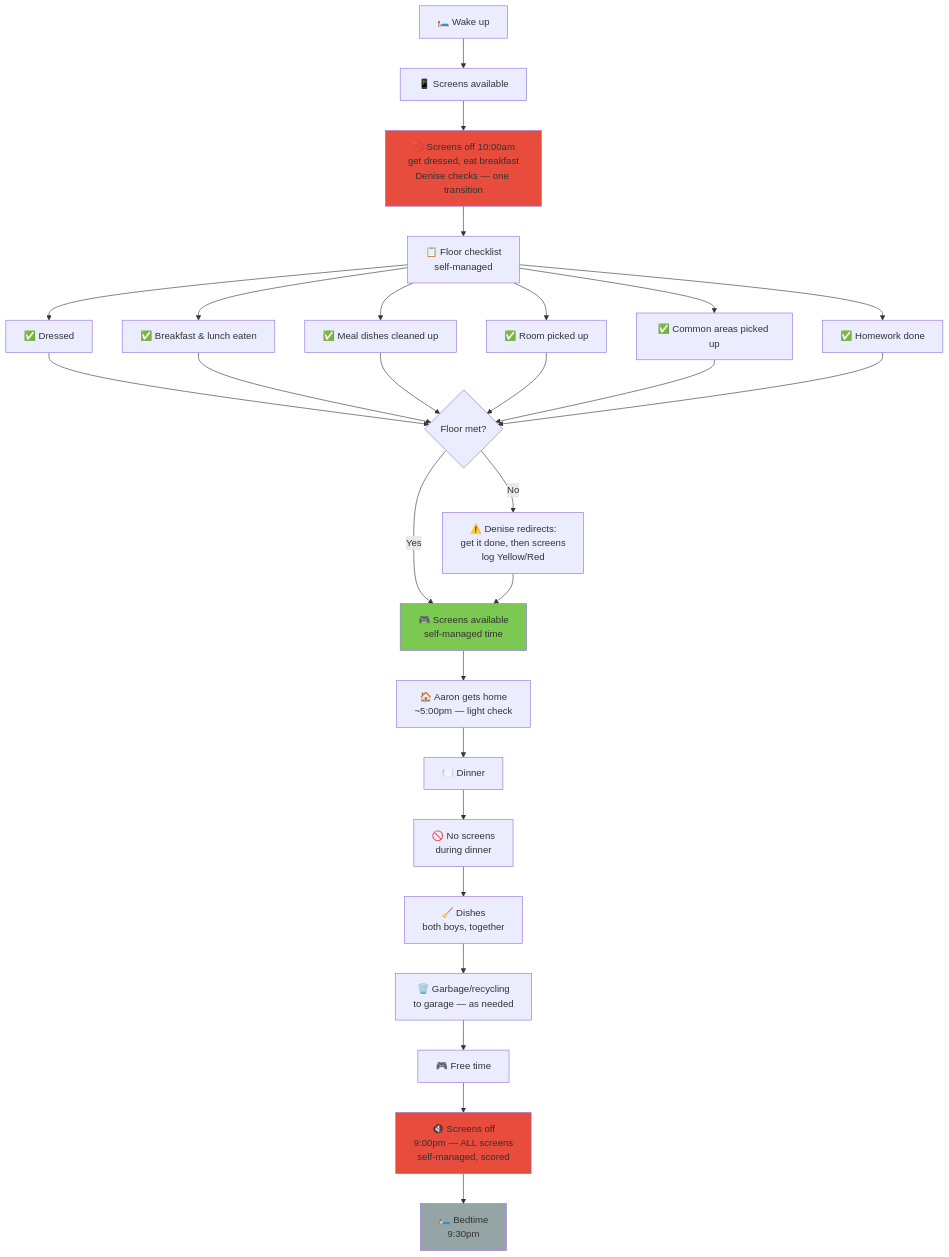
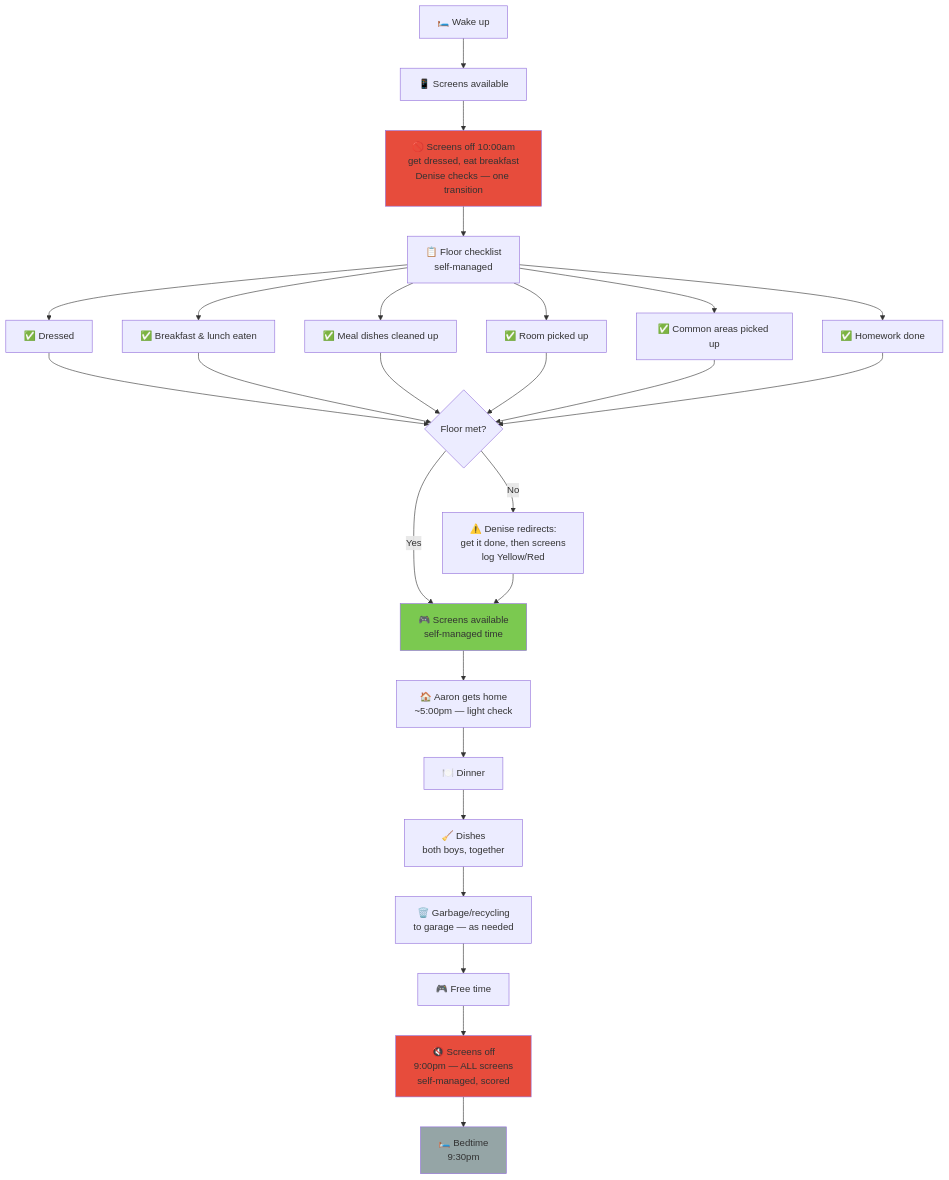
The second of 2 diagrams in day-types/05-weekday-off.md (ajass/technology-reset), drawn with Mermaid before and after one commit. The commit also changed other lines of this file and 8 other files, not shown here.

First line of the commit message:
Remove 'no screens during dinner' rule — boys already get it

````diff
--- a/day-types/05-weekday-off.md
+++ b/day-types/05-weekday-off.md
@@ -58,34 +57,33 @@
 ```mermaid
 flowchart TD
     A["🛏️ Wake up"] --> B["📱 Screens available"]
     B --> C["🚫 Screens off 10:00am<br/>get dressed, eat breakfast<br/>Denise checks — one transition"]
     C --> D["📋 Floor checklist<br/>self-managed"]
     D --> D1["✅ Dressed"]
     D --> D2["✅ Breakfast & lunch eaten"]
     D --> D3["✅ Meal dishes cleaned up"]
     D --> D4["✅ Room picked up"]
     D --> D5["✅ Common areas picked up"]
     D --> D6["✅ Homework done"]
     D1 --> E{"Floor met?"}
     D2 --> E
     D3 --> E
     D4 --> E
     D5 --> E
     D6 --> E
     E -->|Yes| F["🎮 Screens available<br/>self-managed time"]
     E -->|No| G["⚠️ Denise redirects:<br/>get it done, then screens<br/>log Yellow/Red"]
     G --> F
     F --> I["🏠 Aaron gets home<br/>~5:00pm — light check"]
     I --> J["🍽️ Dinner"]
-    J --> K["🚫 No screens<br/>during dinner"]
-    K --> L["🧹 Dishes<br/>both boys, together"]
+    J --> L["🧹 Dishes<br/>both boys, together"]
     L --> M["🗑️ Garbage/recycling<br/>to garage — as needed"]
     M --> N["🎮 Free time"]
     N --> O["🔇 Screens off<br/>9:00pm — ALL screens<br/>self-managed, scored"]
     O --> P["🛏️ Bedtime<br/>9:30pm"]
 
     style C fill:#e74c3c
     style F fill:#7bc950
     style O fill:#e74c3c
     style P fill:#95a5a6
 ```
````
